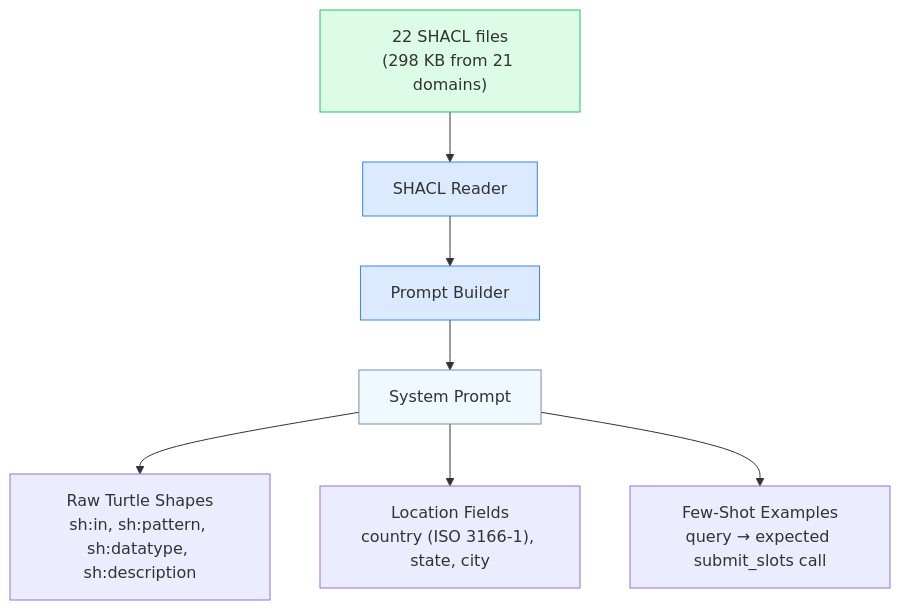
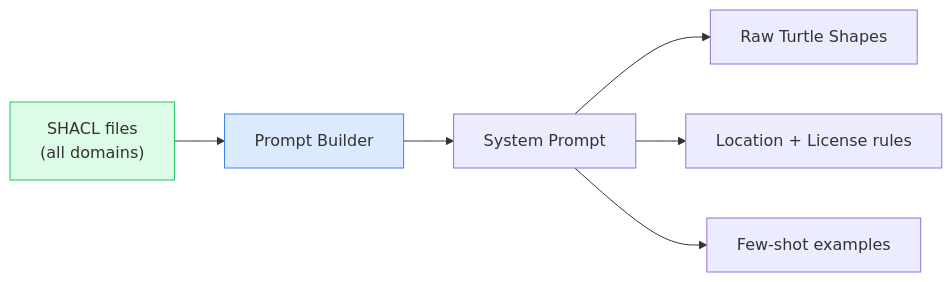
The second of 3 diagrams in apps/docs/agent.md (ASCS-eV/ontology-based-nl-search), drawn with Mermaid before and after one commit. The commit also changed other lines of this file and 9 other files, not shown here.

First line of the commit message:
docs: rework architecture docs for ontology-agnostic design

````diff
--- a/apps/docs/agent.md
+++ b/apps/docs/agent.md
@@ -56,14 +46,11 @@
 ```mermaid
-graph TD
-    TTL["22 SHACL files<br/>(298 KB from 21 domains)"] --> SR["SHACL Reader"]
-    SR --> PB["Prompt Builder"]
+graph LR
+    SHACL["SHACL files<br/>(all domains)"] --> PB["Prompt Builder"]
     PB --> SP["System Prompt"]
-    SP --> RAW["Raw Turtle Shapes<br/>sh:in, sh:pattern, sh:datatype, sh:description"]
-    SP --> LOC["Location Fields<br/>country (ISO 3166-1), state, city"]
-    SP --> EX["Few-Shot Examples<br/>query → expected submit_slots call"]
+    SP --> S1["Raw Turtle Shapes"]
+    SP --> S2["Location + License rules"]
+    SP --> S3["Few-shot examples"]
 
-    style TTL fill:#dcfce7,stroke:#22c55e
-    style SR fill:#dbeafe,stroke:#3b82f6
+    style SHACL fill:#dcfce7,stroke:#22c55e
     style PB fill:#dbeafe,stroke:#3b82f6
-    style SP fill:#f0f9ff,stroke:#798bb3
 ```
````
